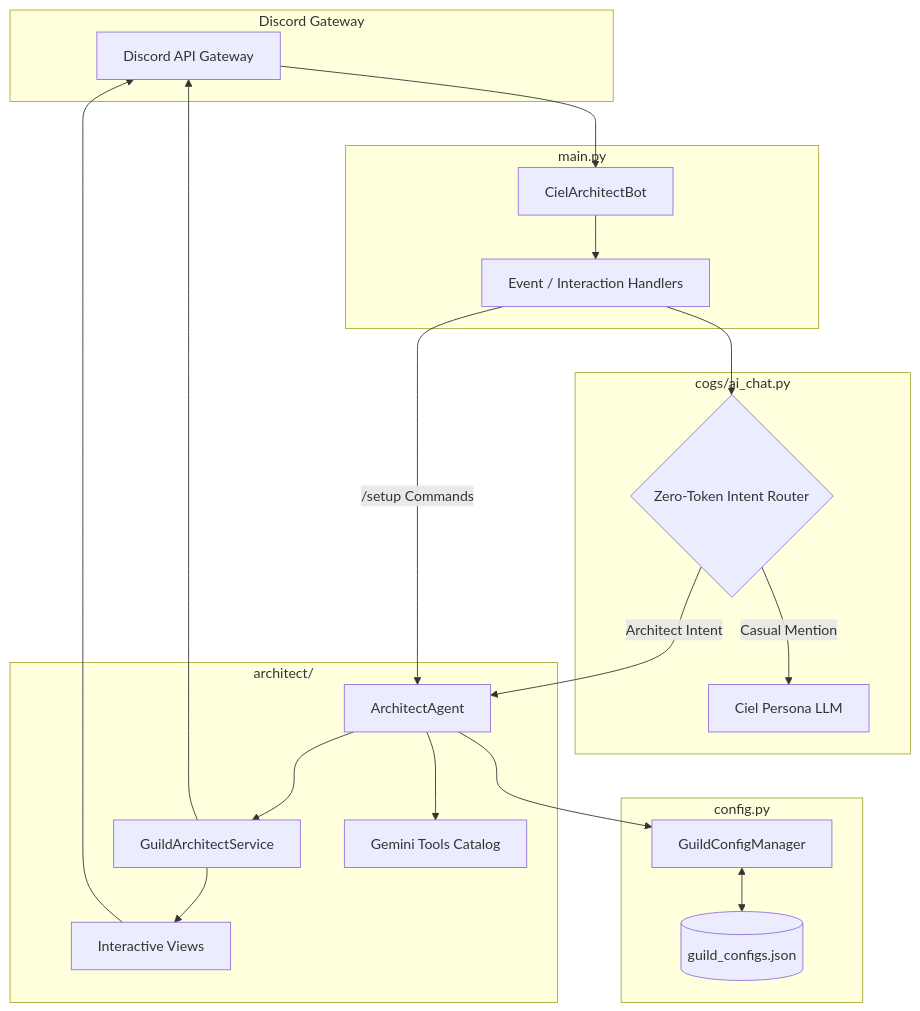
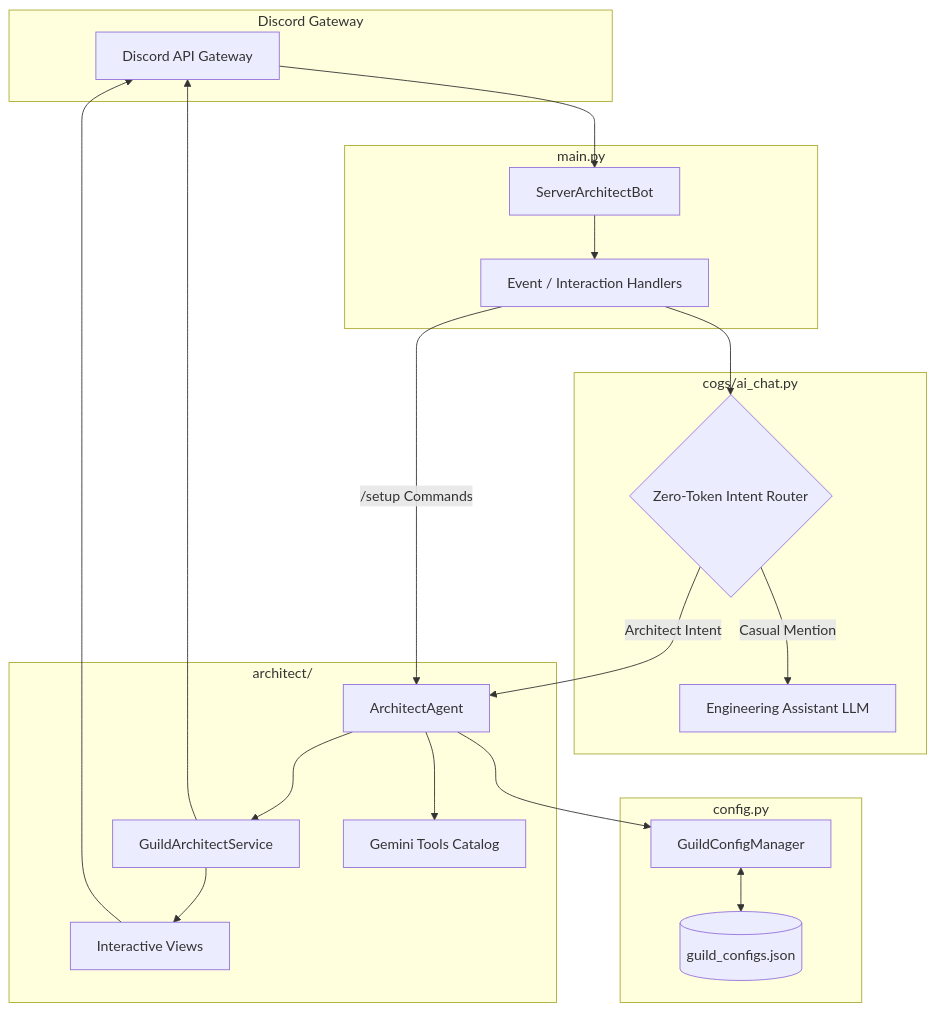
One commit to rifasziaudeen-prog/discord-architect changed the diagram in docs/ARCHITECTURE.md. Above: the diagram before and after it, drawn with Mermaid. The commit also changed other lines of this file and 21 other files, not shown here.

Commit message:
feat: transform into pure Discord Server Architect bot with /setup and /ask commands

````diff
--- a/docs/ARCHITECTURE.md
+++ b/docs/ARCHITECTURE.md
@@ -14,45 +14,45 @@
 ```mermaid
 flowchart TD
     subgraph Discord Gateway
         GW[Discord API Gateway]
     end
 
     subgraph Core Engine [main.py]
-        BOT[CielArchitectBot]
+        BOT[ServerArchitectBot]
         EV[Event / Interaction Handlers]
     end
 
     subgraph Security & Clearance [config.py]
         AUTH[GuildConfigManager]
         STORE[(guild_configs.json)]
     end
 
     subgraph Cognitive & Routing [cogs/ai_chat.py]
         ROUTER{Zero-Token Intent Router}
-        PERSONA[Ciel Persona LLM]
+        PERSONA[Engineering Assistant LLM]
     end
 
     subgraph Autonomous Architect [architect/]
         AGENT[ArchitectAgent]
         SCHEMAS[Gemini Tools Catalog]
         SERVICE[GuildArchitectService]
         VIEWS[Interactive Views]
     end
 
     GW --> BOT
     BOT --> EV
     EV --> ROUTER
 
     ROUTER -->|Casual Mention| PERSONA
     ROUTER -->|Architect Intent| AGENT
     EV -->|/setup Commands| AGENT
 
     AGENT --> AUTH
     AUTH <--> STORE
 
     AGENT --> SCHEMAS
     AGENT --> SERVICE
     SERVICE --> GW
     SERVICE --> VIEWS
     VIEWS --> GW
 ```
````
